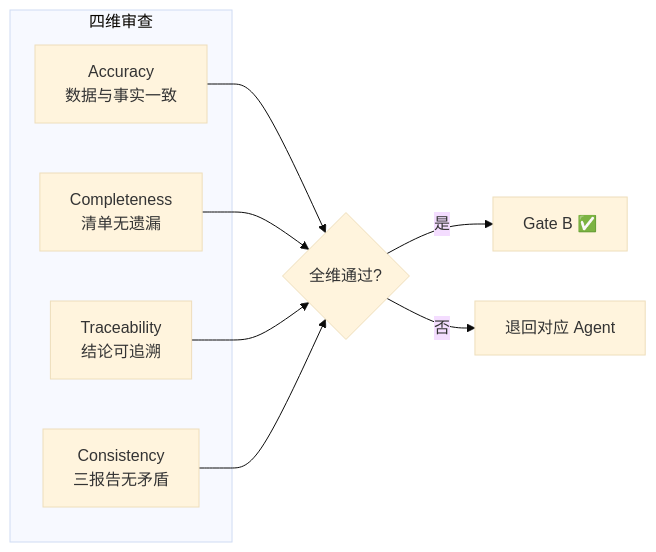
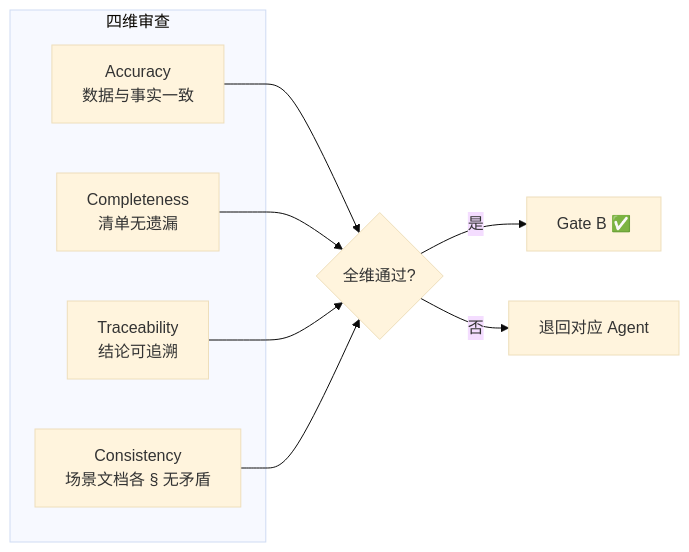
Before and after one commit to effiy/YrY: the third of 6 diagrams in agents/reporter.md, drawn with Mermaid (base theme). The commit also changed other lines of this file and 37 other files, not shown here.

````diff
--- a/agents/reporter.md
+++ b/agents/reporter.md
@@ -68,13 +68,13 @@
 ```mermaid
 flowchart LR
     subgraph 四维["四维审查"]
         A["Accuracy<br/>数据与事实一致"]:::dim
         C["Completeness<br/>清单无遗漏"]:::dim
         T["Traceability<br/>结论可追溯"]:::dim
-        S["Consistency<br/>三报告无矛盾"]:::dim
+        S["Consistency<br/>场景文档各 § 无矛盾"]:::dim
     end
     A & C & T & S --> PASS{"全维通过?"}
     PASS -->|"是"| GB["Gate B ✅"]:::ok
     PASS -->|"否"| REJ["退回对应 Agent"]:::bad
 
 ```
````
